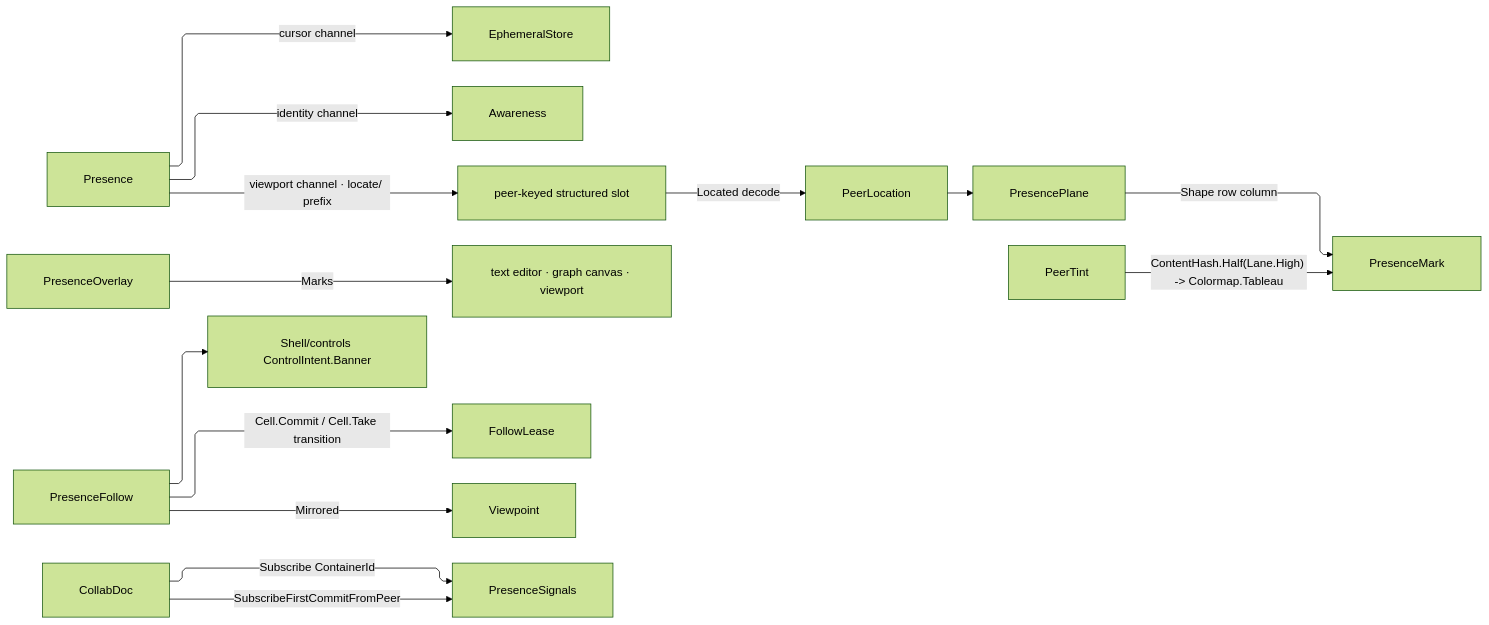
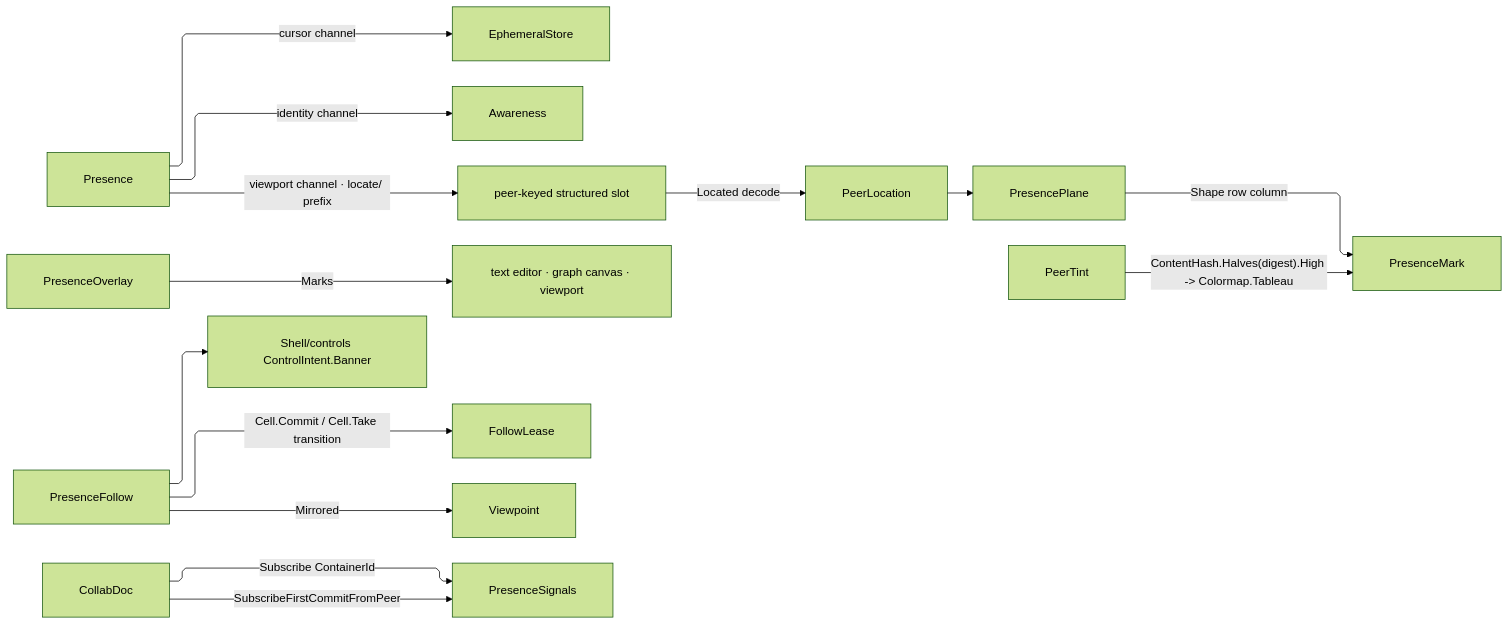
The second of 2 diagrams in libs/dotnet/Rasm.AppUi/.planning/Collab/presence.md (bsamiee/Rasm), drawn with Mermaid (forest theme) before and after one commit. The commit also changed other lines of this file and 69 other files, not shown here.

````diff
--- a/libs/dotnet/Rasm.AppUi/.planning/Collab/presence.md
+++ b/libs/dotnet/Rasm.AppUi/.planning/Collab/presence.md
@@ -533,25 +533,25 @@
 ```mermaid
 ---
 config:
   layout: elk
   flowchart:
     curve: linear
     padding: 25
 ---
 flowchart LR
     accTitle: Presence channels and overlay chrome
     accDescr: Three ephemeral channels carry caret, identity, and viewport state; the viewport channel's peer-prefixed slots decode into per-peer locations whose plane row shapes a mark under a replica-stable tint, while the follow lease mirrors a target's published viewpoint and the document store's own subscriptions carry join and scoped-activity signals.
     Presence -->|cursor channel| EphemeralStore
     Presence -->|identity channel| Awareness
     Presence -->|"viewport channel · locate/ prefix"| Slot["peer-keyed structured slot"]
     Slot -->|Located decode| PeerLocation
     PeerLocation --> PresencePlane
     PresencePlane -->|Shape row column| PresenceMark
-    PeerTint -->|"ContentHash.Half(Lane.High) -> Colormap.Tableau"| PresenceMark
+    PeerTint -->|"ContentHash.Halves(digest).High -> Colormap.Tableau"| PresenceMark
     PresenceOverlay -->|Marks| Planes["text editor · graph canvas · viewport"]
     PresenceFollow -->|"Cell.Commit / Cell.Take transition"| FollowLease
     PresenceFollow -->|Mirrored| Viewpoint
     PresenceFollow --> Banner["Shell/controls ControlIntent.Banner"]
     CollabDoc -->|SubscribeFirstCommitFromPeer| PresenceSignals
     CollabDoc -->|Subscribe ContainerId| PresenceSignals
 ```
````
